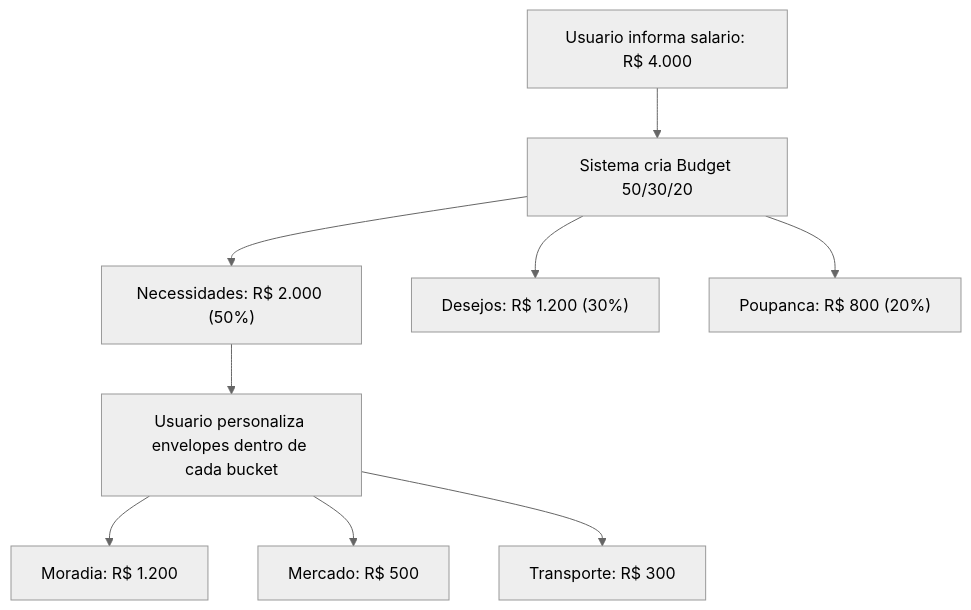
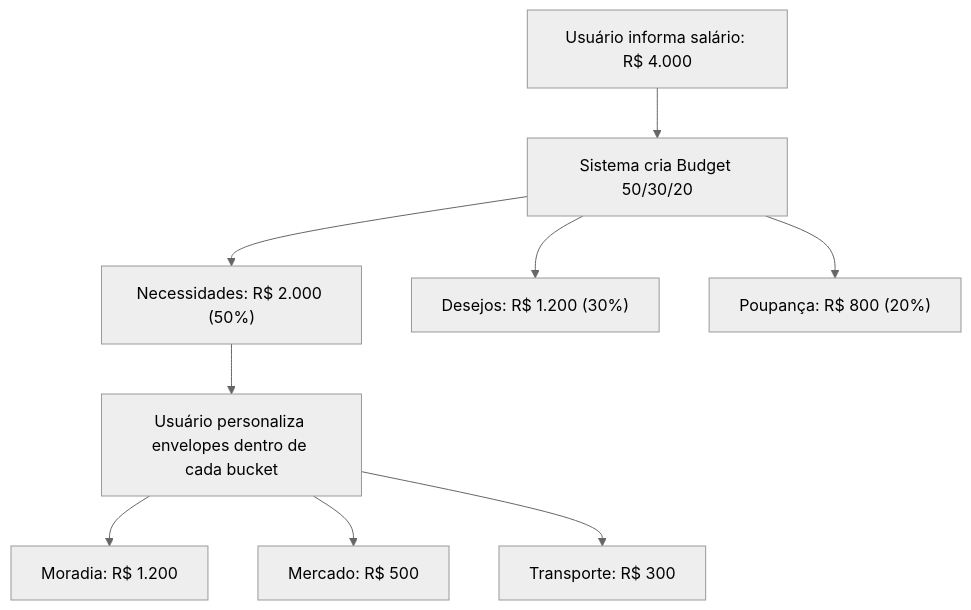
The fourth of 4 diagrams in docs/DATA_MODEL.md (luizaleblanc/organiza-ai), drawn with Mermaid (neutral theme) before and after one commit. The commit also changed other lines of this file, not shown here.

````diff
--- a/docs/DATA_MODEL.md
+++ b/docs/DATA_MODEL.md
@@ -78,11 +78,11 @@
 ```mermaid
 flowchart TD
-    A[Usuario informa salario: R$ 4.000] --> B[Sistema cria Budget 50/30/20]
+    A[Usuário informa salário: R$ 4.000] --> B[Sistema cria Budget 50/30/20]
     B --> C["Necessidades: R$ 2.000 (50%)"]
     B --> D["Desejos: R$ 1.200 (30%)"]
-    B --> E["Poupanca: R$ 800 (20%)"]
-    C --> F[Usuario personaliza envelopes dentro de cada bucket]
+    B --> E["Poupança: R$ 800 (20%)"]
+    C --> F[Usuário personaliza envelopes dentro de cada bucket]
     F --> G["Moradia: R$ 1.200"]
     F --> H["Mercado: R$ 500"]
     F --> I["Transporte: R$ 300"]
 ```
````
